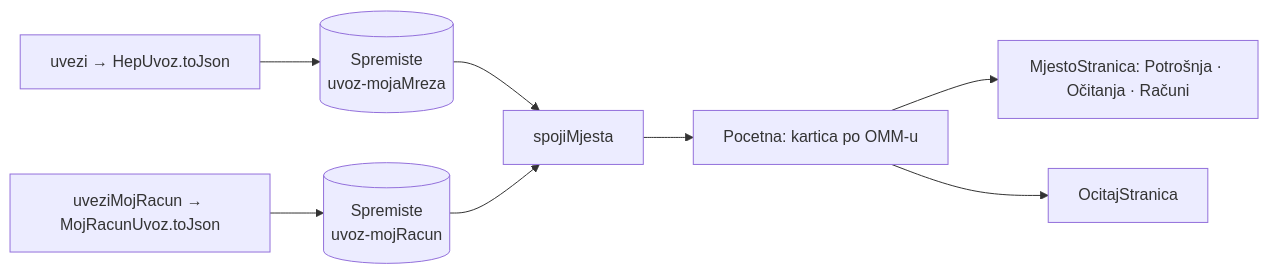
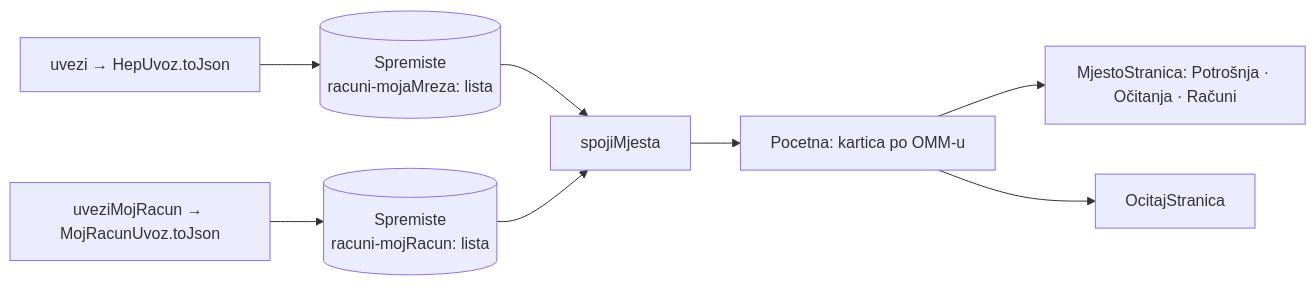
The diagram in docs/2026-10-13-domovina-energy-dizajn.md (stepanic/flutter_moja_mreza), drawn with Mermaid before and after one commit. The commit also changed other lines of this file and 4 other files, not shown here.

````diff
--- a/docs/2026-10-13-domovina-energy-dizajn.md
+++ b/docs/2026-10-13-domovina-energy-dizajn.md
@@ -20,10 +20,10 @@
 ```mermaid
 flowchart LR
-  MM[uvezi → HepUvoz.toJson] --> SP[(Spremiste<br>uvoz-mojaMreza)]
-  MR[uveziMojRacun → MojRacunUvoz.toJson] --> SP2[(Spremiste<br>uvoz-mojRacun)]
+  MM[uvezi → HepUvoz.toJson] --> SP[(Spremiste<br>racuni-mojaMreza: lista)]
+  MR[uveziMojRacun → MojRacunUvoz.toJson] --> SP2[(Spremiste<br>racuni-mojRacun: lista)]
   SP --> S[spojiMjesta]
   SP2 --> S
   S --> P[Pocetna: kartica po OMM-u]
   P --> D[MjestoStranica: Potrošnja · Očitanja · Računi]
   P --> O[OcitajStranica]
 ```
````
